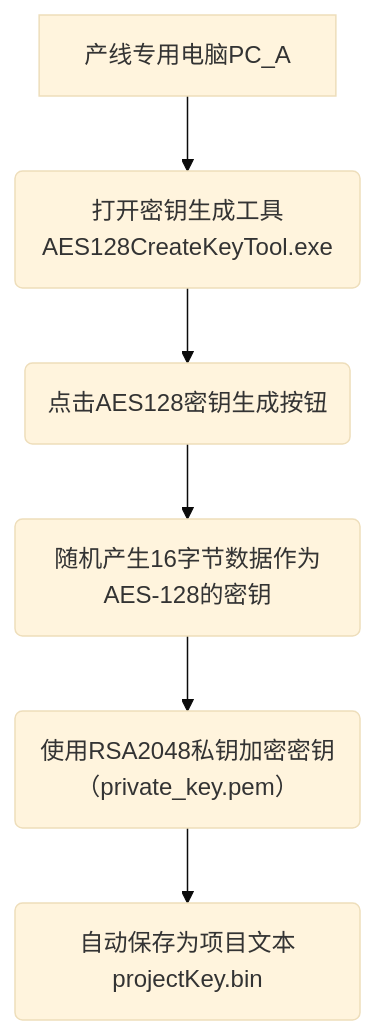
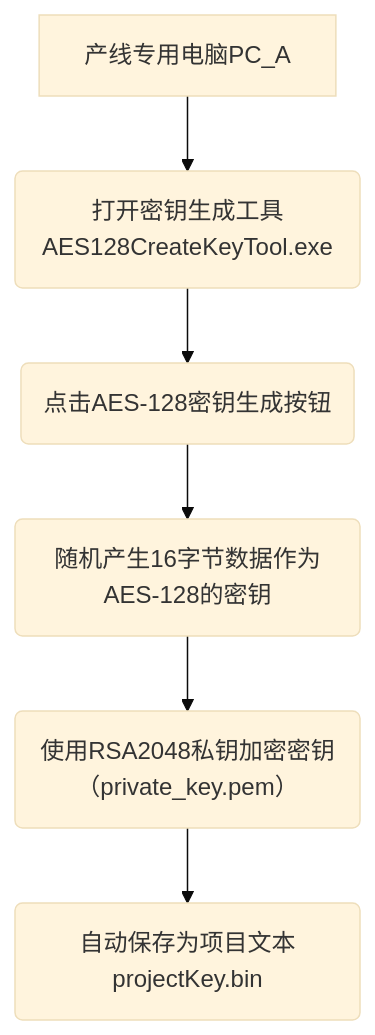
The diagram in all/未命名-9.md (facebook-cloud/iodraw-files), drawn with Mermaid (base theme) before and after one commit.

Commit message:
2026-01-06 20:38:42 update

````diff
--- a/all/未命名-9.md
+++ b/all/未命名-9.md
@@ -1,9 +1,9 @@
 ```mermaid
 graph TD
     A[产线专用电脑PC_A] --> B(打开密钥生成工具AES128CreateKeyTool.exe)
-    B --> C(点击AES128密钥生成按钮)
+    B --> C(点击AES-128密钥生成按钮)
     C --> D(随机产生16字节数据作为AES-128的密钥)
     D --> E(使用RSA2048私钥加密密钥（private_key.pem）)
     E --> F(自动保存为项目文本projectKey.bin)
 
 ```
````
